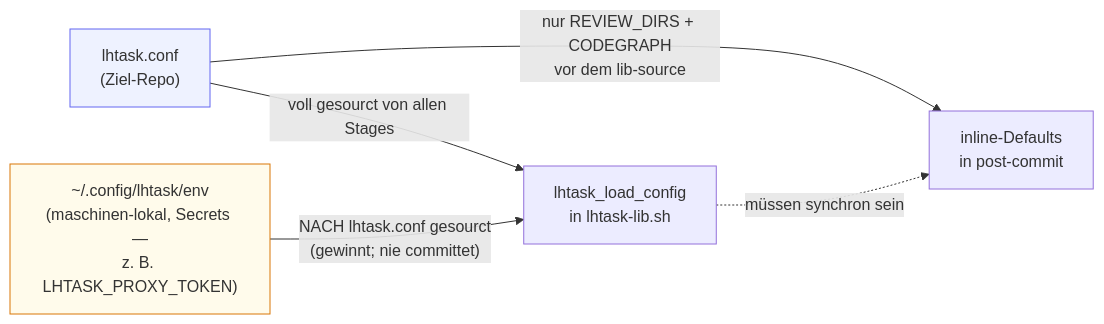
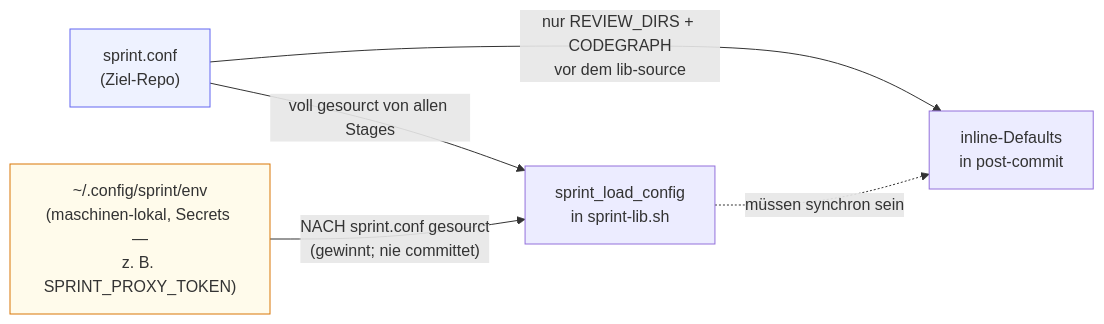
Diagram 12 of 12 in ARCHITECTURE.md (leonhoffmann86/team-sprint), drawn with Mermaid before and after one commit. The commit also changed other lines of this file and 30 other files, not shown here.

First line of the commit message:
rename: LHTask → Sprint (v1.0.0)

````diff
--- a/ARCHITECTURE.md
+++ b/ARCHITECTURE.md
@@ -544,15 +544,15 @@
 ```mermaid
 flowchart LR
-    CONF["lhtask.conf<br/>(Ziel-Repo)"]
-    ENV["~/.config/lhtask/env<br/>(maschinen-lokal, Secrets —<br/>z. B. LHTASK_PROXY_TOKEN)"]
-    LIB["lhtask_load_config<br/>in lhtask-lib.sh"]
+    CONF["sprint.conf<br/>(Ziel-Repo)"]
+    ENV["~/.config/sprint/env<br/>(maschinen-lokal, Secrets —<br/>z. B. SPRINT_PROXY_TOKEN)"]
+    LIB["sprint_load_config<br/>in sprint-lib.sh"]
     HOOK["inline-Defaults<br/>in post-commit"]
 
     CONF -- "voll gesourct von allen Stages" --> LIB
-    ENV -- "NACH lhtask.conf gesourct<br/>(gewinnt; nie committet)" --> LIB
+    ENV -- "NACH sprint.conf gesourct<br/>(gewinnt; nie committet)" --> LIB
     CONF -- "nur REVIEW_DIRS + CODEGRAPH<br/>vor dem lib-source" --> HOOK
     LIB -. "müssen synchron sein" .-> HOOK
 
     style CONF fill:#eef2ff,stroke:#6366f1
     style ENV fill:#fffbeb,stroke:#d97706
 ```
````
